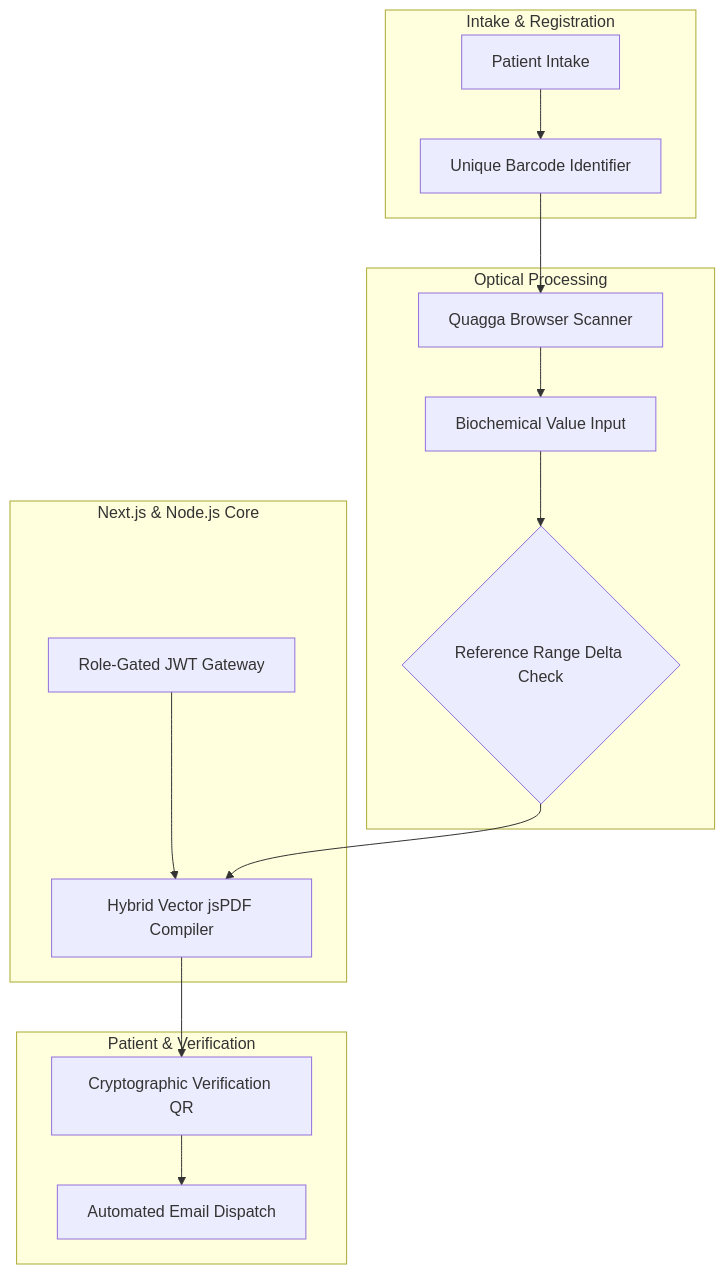
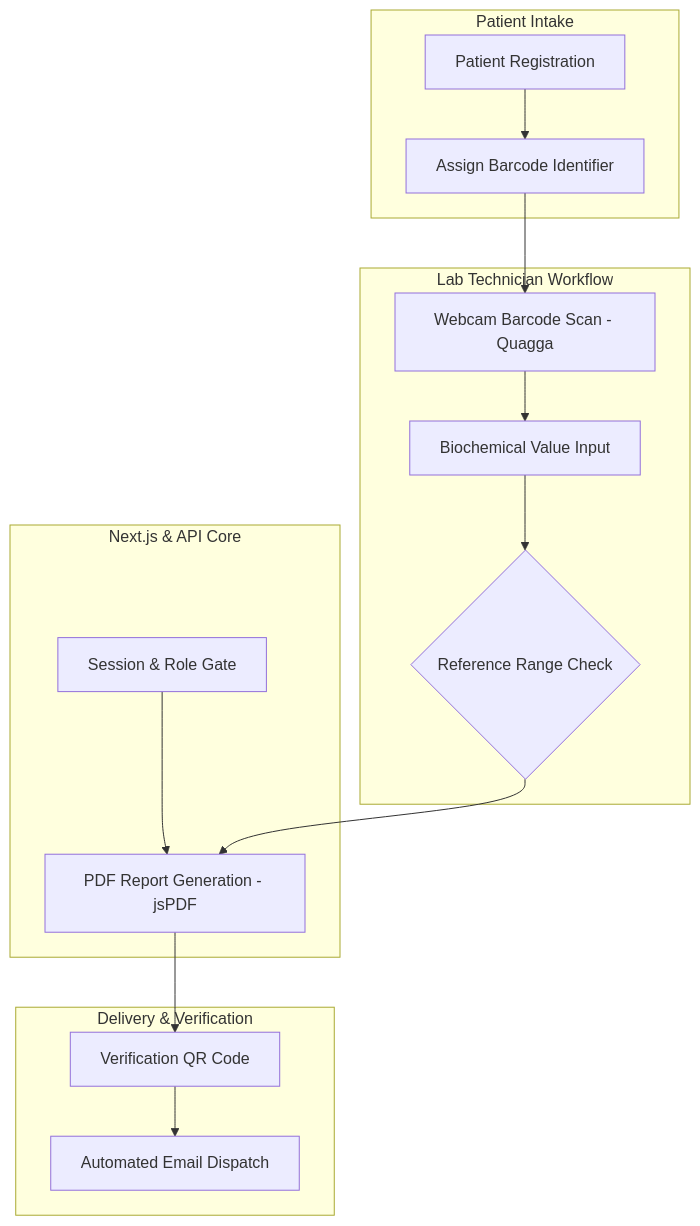
The diagram in README.md (MuhammadRayyan08/health-inn-lims-architecture), drawn with Mermaid before and after one commit. The commit also changed other lines of this file, not shown here.

````diff
--- a/README.md
+++ b/README.md
@@ -22,27 +22,27 @@
 ```mermaid
 flowchart TD
-    subgraph Reception [Intake & Registration]
-        P[Patient Intake]
-        TOKEN[Unique Barcode Identifier]
+    subgraph Reception [Patient Intake]
+        P[Patient Registration]
+        TOKEN[Assign Barcode Identifier]
         P --> TOKEN
     end
 
-    subgraph Phlebotomy & Lab [Optical Processing]
-        SCAN[Quagga Browser Scanner]
+    subgraph Laboratory [Lab Technician Workflow]
+        SCAN[Webcam Barcode Scan - Quagga]
         ENTRY[Biochemical Value Input]
-        FLAG{Reference Range Delta Check}
+        FLAG{Reference Range Check}
         TOKEN --> SCAN --> ENTRY --> FLAG
     end
 
-    subgraph Service Tier [Next.js & Node.js Core]
-        PDF[Hybrid Vector jsPDF Compiler]
-        AUTH[Role-Gated JWT Gateway]
+    subgraph Service Tier [Next.js & API Core]
+        PDF[PDF Report Generation - jsPDF]
+        AUTH[Session & Role Gate]
         AUTH --> PDF
     end
 
-    subgraph Delivery [Patient & Verification]
-        QR[Cryptographic Verification QR]
+    subgraph Output [Delivery & Verification]
+        QR[Verification QR Code]
         SMTP[Automated Email Dispatch]
         FLAG --> PDF --> QR --> SMTP
     end
 ```
````
